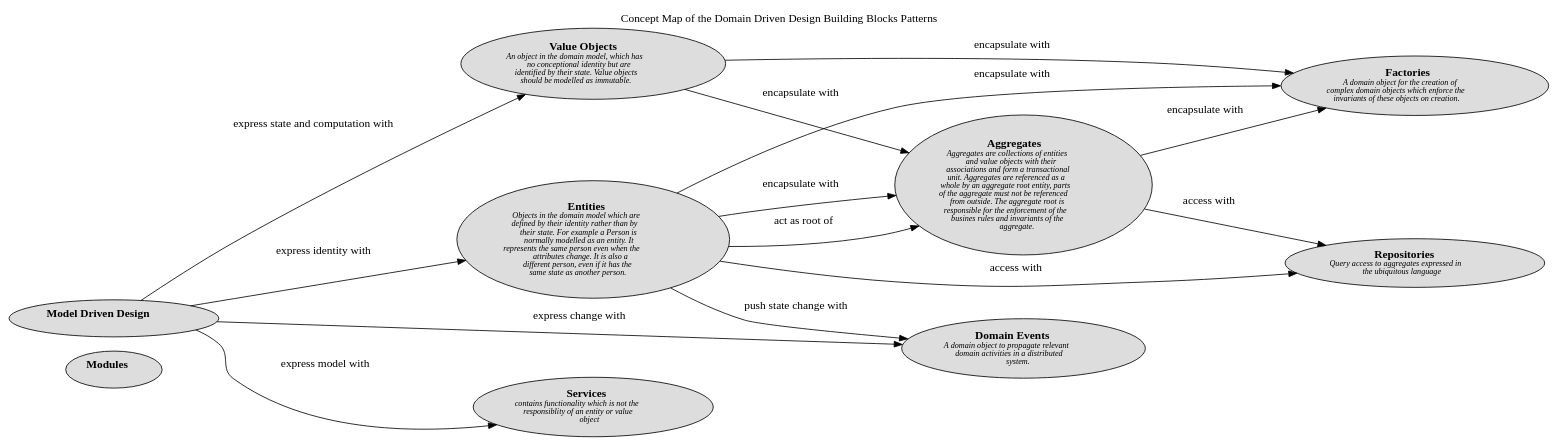
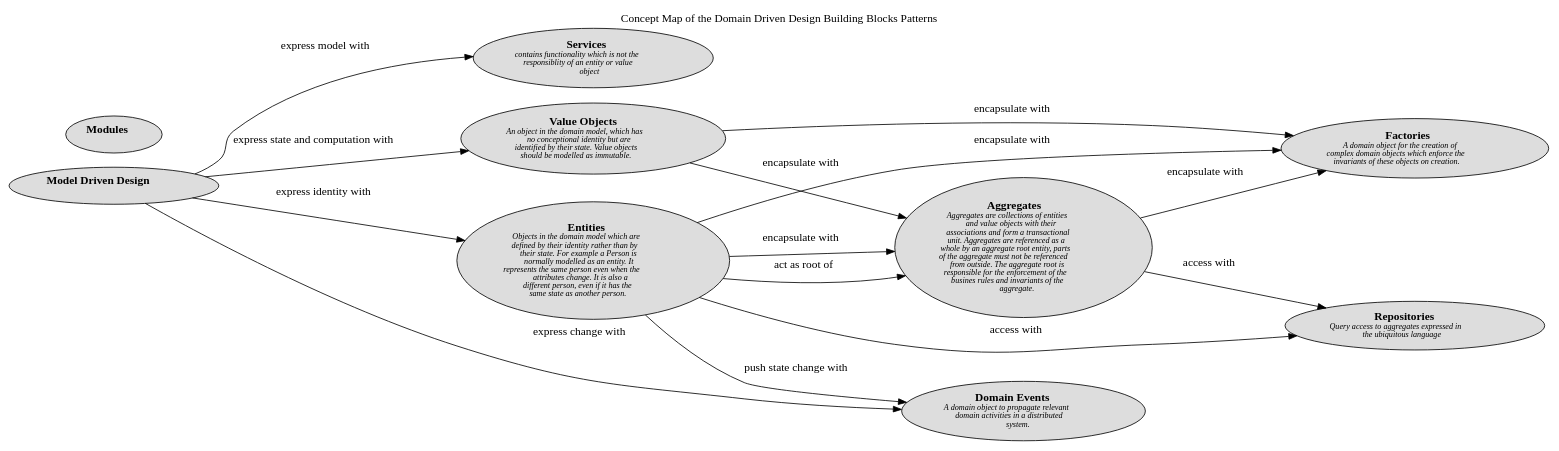
The diagram in docs/software-development/domain-driven-design/building-blocks/concept-view.dot (lsolbach/overarch-models), drawn with Graphviz before and after one commit. The commit also changed other lines of this file and 120 other files, not shown here.

```diff
--- a/docs/software-development/domain-driven-design/building-blocks/concept-view.dot
+++ b/docs/software-development/domain-driven-design/building-blocks/concept-view.dot
@@ -1,33 +1,33 @@
 digraph "Concept Map of the Domain Driven Design Building Blocks Patterns" {
   labelloc= "t"
   label="Concept Map of the Domain Driven Design Building Blocks Patterns"
   rankdir="LR"
 
   layout=dot
+software_development_domain_driven_design_building_blocks__c_services [shape=ellipse style=filled fillcolor="#dddddd" label=<<B>Services</B><BR/><FONT POINT-SIZE="10"><I>contains functionality which is not the<BR/>responsiblity of an entity or value<BR/>object </I></FONT>>]
+software_development_domain_driven_design_building_blocks__c_value_objects [shape=ellipse style=filled fillcolor="#dddddd" label=<<B>Value Objects</B><BR/><FONT POINT-SIZE="10"><I>An object in the domain model, which has<BR/>no conceptional identity but are<BR/>identified by their state. Value objects<BR/>should be modelled as immutable. </I></FONT>>]
+software_development_domain_driven_design_building_blocks__c_aggregates [shape=ellipse style=filled fillcolor="#dddddd" label=<<B>Aggregates</B><BR/><FONT POINT-SIZE="10"><I>Aggregates are collections of entities<BR/>and value objects with their<BR/>associations and form a transactional<BR/>unit. Aggregates are referenced as a<BR/>whole by an aggregate root entity, parts<BR/>of the aggregate must not be referenced<BR/>from outside. The aggregate root is<BR/>responsible for the enforcement of the<BR/>busines rules and invariants of the<BR/>aggregate. </I></FONT>>]
+software_development_domain_driven_design_building_blocks__c_entities [shape=ellipse style=filled fillcolor="#dddddd" label=<<B>Entities</B><BR/><FONT POINT-SIZE="10"><I>Objects in the domain model which are<BR/>defined by their identity rather than by<BR/>their state. For example a Person is<BR/>normally modelled as an entity. It<BR/>represents the same person even when the<BR/>attributes change. It is also a<BR/>different person, even if it has the<BR/>same state as another person. </I></FONT>>]
+software_development_domain_driven_design_building_blocks__c_factories [shape=ellipse style=filled fillcolor="#dddddd" label=<<B>Factories</B><BR/><FONT POINT-SIZE="10"><I>A domain object for the creation of<BR/>complex domain objects which enforce the<BR/>invariants of these objects on creation. </I></FONT>>]
+software_development_domain_driven_design_building_blocks__c_repositories [shape=ellipse style=filled fillcolor="#dddddd" label=<<B>Repositories</B><BR/><FONT POINT-SIZE="10"><I>Query access to aggregates expressed in<BR/>the ubiquitous language </I></FONT>>]
+software_development_domain_driven_design_building_blocks__c_domain_events [shape=ellipse style=filled fillcolor="#dddddd" label=<<B>Domain Events</B><BR/><FONT POINT-SIZE="10"><I>A domain object to propagate relevant<BR/>domain activities in a distributed<BR/>system. </I></FONT>>]
 software_development_domain_driven_design_building_blocks__c_modules [shape=ellipse style=filled fillcolor="#dddddd" label=<<B>Modules</B><BR/><FONT POINT-SIZE="10"><I> </I></FONT>>]
-software_development_domain_driven_design_building_blocks__c_value_objects [shape=ellipse style=filled fillcolor="#dddddd" label=<<B>Value Objects</B><BR/><FONT POINT-SIZE="10"><I>An object in the domain model, which has<BR/>no conceptional identity but are<BR/>identified by their state. Value objects<BR/>should be modelled as immutable. </I></FONT>>]
-software_development_domain_driven_design_building_blocks__c_repositories [shape=ellipse style=filled fillcolor="#dddddd" label=<<B>Repositories</B><BR/><FONT POINT-SIZE="10"><I>Query access to aggregates expressed in<BR/>the ubiquitous language </I></FONT>>]
 software_development_domain_driven_design_modelling__c_model_driven_design [shape=ellipse style=filled fillcolor="#dddddd" label=<<B>Model Driven Design</B><BR/><FONT POINT-SIZE="10"><I> </I></FONT>>]
-software_development_domain_driven_design_building_blocks__c_services [shape=ellipse style=filled fillcolor="#dddddd" label=<<B>Services</B><BR/><FONT POINT-SIZE="10"><I>contains functionality which is not the<BR/>responsiblity of an entity or value<BR/>object </I></FONT>>]
-software_development_domain_driven_design_building_blocks__c_entities [shape=ellipse style=filled fillcolor="#dddddd" label=<<B>Entities</B><BR/><FONT POINT-SIZE="10"><I>Objects in the domain model which are<BR/>defined by their identity rather than by<BR/>their state. For example a Person is<BR/>normally modelled as an entity. It<BR/>represents the same person even when the<BR/>attributes change. It is also a<BR/>different person, even if it has the<BR/>same state as another person. </I></FONT>>]
-software_development_domain_driven_design_building_blocks__c_domain_events [shape=ellipse style=filled fillcolor="#dddddd" label=<<B>Domain Events</B><BR/><FONT POINT-SIZE="10"><I>A domain object to propagate relevant<BR/>domain activities in a distributed<BR/>system. </I></FONT>>]
-software_development_domain_driven_design_building_blocks__c_factories [shape=ellipse style=filled fillcolor="#dddddd" label=<<B>Factories</B><BR/><FONT POINT-SIZE="10"><I>A domain object for the creation of<BR/>complex domain objects which enforce the<BR/>invariants of these objects on creation. </I></FONT>>]
-software_development_domain_driven_design_building_blocks__c_aggregates [shape=ellipse style=filled fillcolor="#dddddd" label=<<B>Aggregates</B><BR/><FONT POINT-SIZE="10"><I>Aggregates are collections of entities<BR/>and value objects with their<BR/>associations and form a transactional<BR/>unit. Aggregates are referenced as a<BR/>whole by an aggregate root entity, parts<BR/>of the aggregate must not be referenced<BR/>from outside. The aggregate root is<BR/>responsible for the enforcement of the<BR/>busines rules and invariants of the<BR/>aggregate. </I></FONT>>]
  
 software_development_domain_driven_design_building_blocks__c_entities -> software_development_domain_driven_design_building_blocks__c_aggregates [label=<encapsulate with<BR/><FONT POINT-SIZE="10"><I> </I></FONT>>]
 software_development_domain_driven_design_building_blocks__c_value_objects -> software_development_domain_driven_design_building_blocks__c_aggregates [label=<encapsulate with<BR/><FONT POINT-SIZE="10"><I> </I></FONT>>]
 software_development_domain_driven_design_building_blocks__c_entities -> software_development_domain_driven_design_building_blocks__c_domain_events [label=<push state change with<BR/><FONT POINT-SIZE="10"><I> </I></FONT>>]
 software_development_domain_driven_design_building_blocks__c_entities -> software_development_domain_driven_design_building_blocks__c_repositories [label=<access with<BR/><FONT POINT-SIZE="10"><I> </I></FONT>>]
 software_development_domain_driven_design_building_blocks__c_aggregates -> software_development_domain_driven_design_building_blocks__c_repositories [label=<access with<BR/><FONT POINT-SIZE="10"><I> </I></FONT>>]
 software_development_domain_driven_design_building_blocks__c_value_objects -> software_development_domain_driven_design_building_blocks__c_factories [label=<encapsulate with<BR/><FONT POINT-SIZE="10"><I> </I></FONT>>]
 software_development_domain_driven_design_building_blocks__c_entities -> software_development_domain_driven_design_building_blocks__c_aggregates [label=<act as root of<BR/><FONT POINT-SIZE="10"><I> </I></FONT>>]
 software_development_domain_driven_design_modelling__c_model_driven_design -> software_development_domain_driven_design_building_blocks__c_domain_events [label=<express change with<BR/><FONT POINT-SIZE="10"><I> </I></FONT>>]
 software_development_domain_driven_design_building_blocks__c_entities -> software_development_domain_driven_design_building_blocks__c_factories [label=<encapsulate with<BR/><FONT POINT-SIZE="10"><I> </I></FONT>>]
 software_development_domain_driven_design_modelling__c_model_driven_design -> software_development_domain_driven_design_building_blocks__c_services [label=<express model with<BR/><FONT POINT-SIZE="10"><I> </I></FONT>>]
 software_development_domain_driven_design_modelling__c_model_driven_design -> software_development_domain_driven_design_building_blocks__c_value_objects [label=<express state and computation with<BR/><FONT POINT-SIZE="10"><I> </I></FONT>>]
 software_development_domain_driven_design_modelling__c_model_driven_design -> software_development_domain_driven_design_building_blocks__c_entities [label=<express identity with<BR/><FONT POINT-SIZE="10"><I> </I></FONT>>]
 software_development_domain_driven_design_building_blocks__c_aggregates -> software_development_domain_driven_design_building_blocks__c_factories [label=<encapsulate with<BR/><FONT POINT-SIZE="10"><I> </I></FONT>>]
  
 }
 
 // (generated by Overarch with template views/view.dot.cmb)
```
